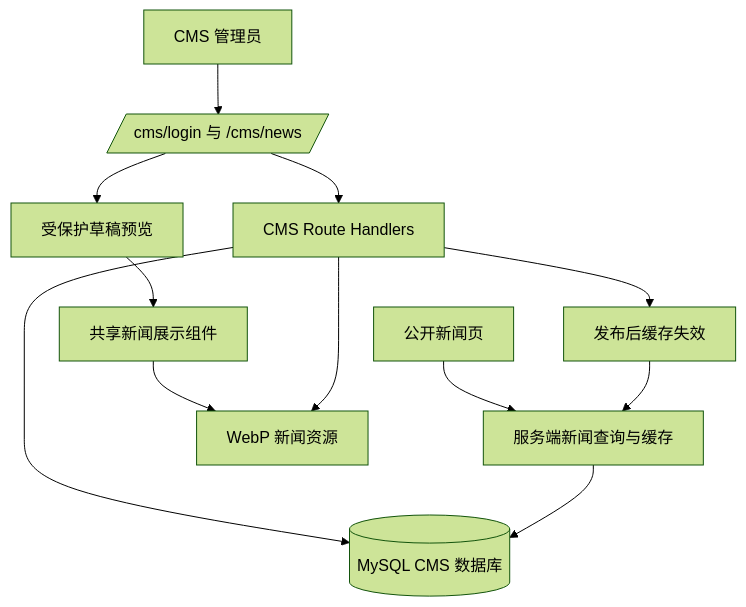
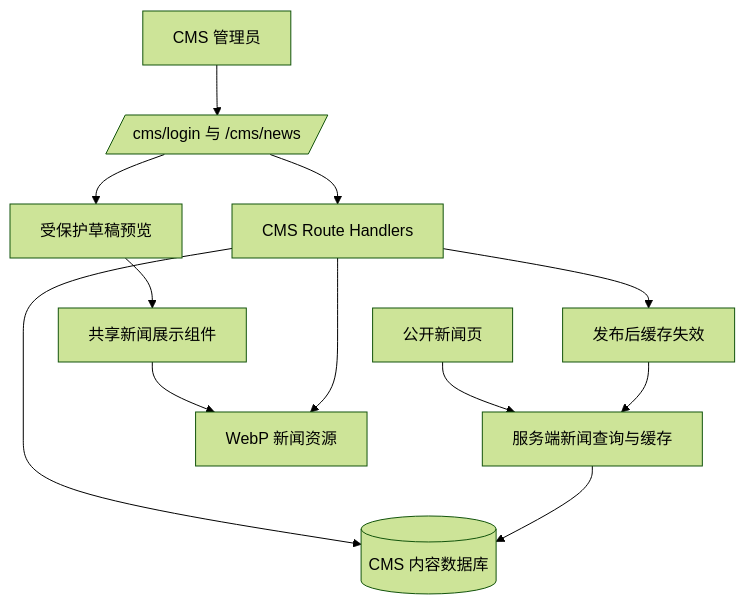
One commit to 846496079-design/haocai_website changed the third of 3 diagrams in docs/superpowers/specs/2026-07-13-news-center-cms-and-performance-design.md. Above: the diagram before and after it, drawn with Mermaid (forest theme). The commit also changed other lines of this file and 52 other files, not shown here.

````diff
--- a/docs/superpowers/specs/2026-07-13-news-center-cms-and-performance-design.md
+++ b/docs/superpowers/specs/2026-07-13-news-center-cms-and-performance-design.md
@@ -84,14 +84,14 @@
 ```mermaid
 graph TB
   A[CMS 管理员] --> B[/cms/login 与 /cms/news/]
   B --> C[CMS Route Handlers]
-  C --> D[(MySQL CMS 数据库)]
+  C --> D[(CMS 内容数据库)]
   B --> E[受保护草稿预览]
   E --> F[共享新闻展示组件]
   G[公开新闻页] --> H[服务端新闻查询与缓存]
   H --> D
   F --> I[WebP 新闻资源]
   C --> I
   C --> J[发布后缓存失效]
   J --> H
 ```
````
